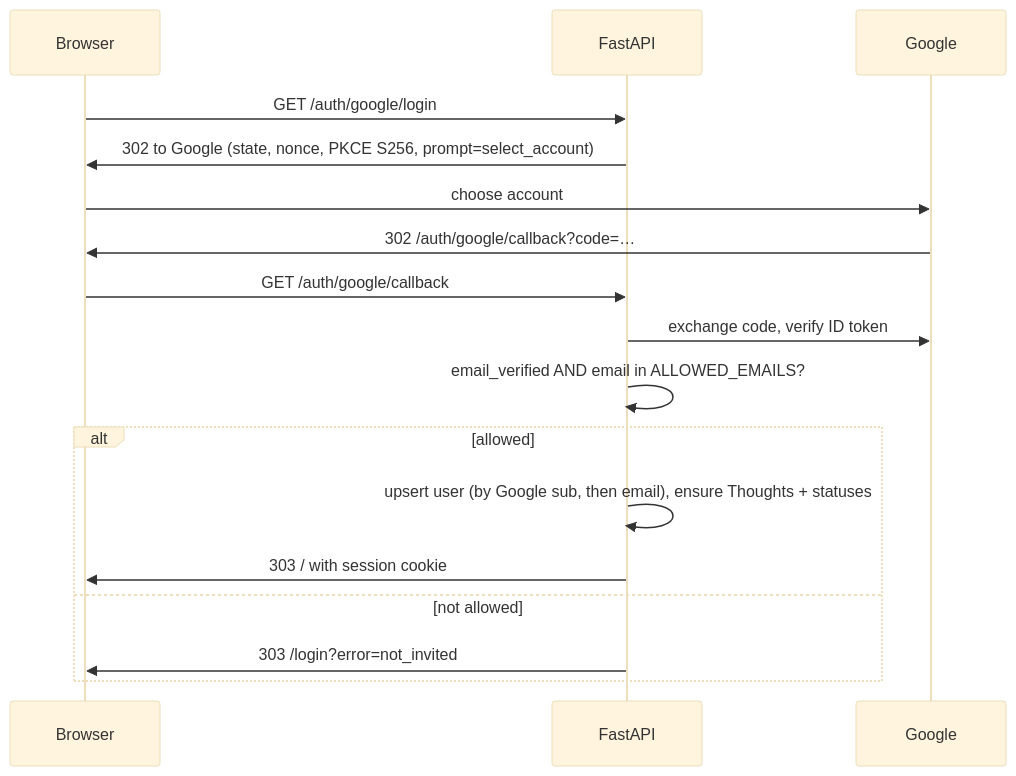
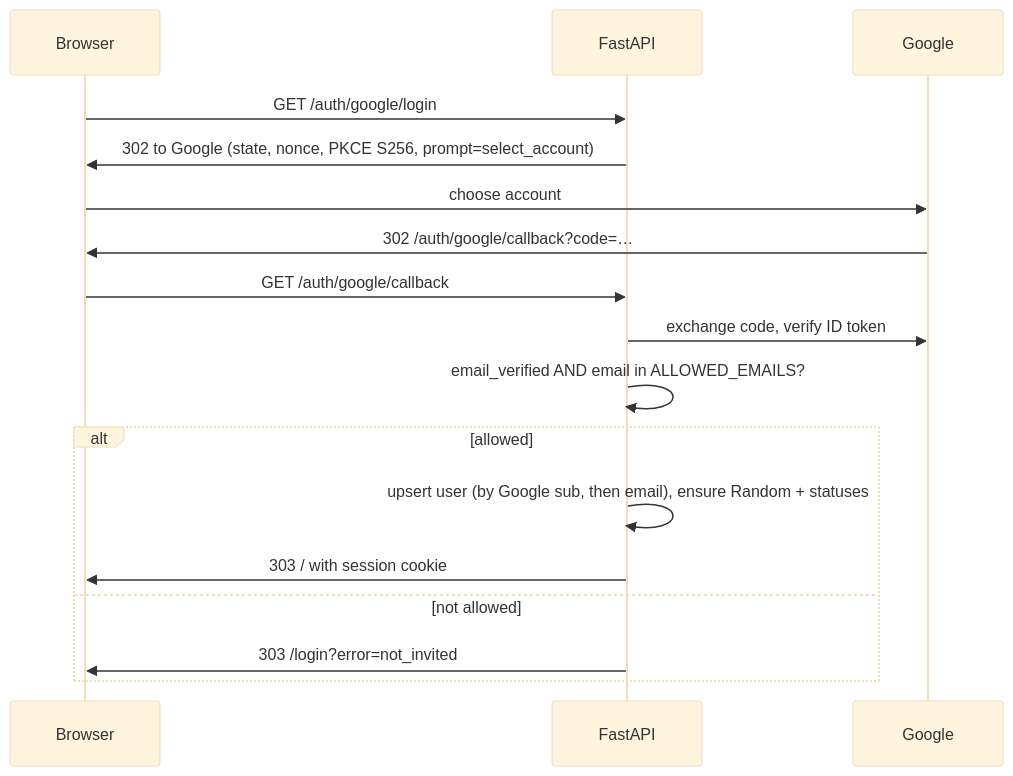
The second of 4 diagrams in docs/architecture.md (s-samarth/joke-box), drawn with Mermaid (base theme) before and after one commit. The commit also changed other lines of this file and 25 other files, not shown here.

````diff
--- a/docs/architecture.md
+++ b/docs/architecture.md
@@ -104,19 +104,19 @@
 ```mermaid
 sequenceDiagram
   participant B as Browser
   participant A as FastAPI
   participant G as Google
   B->>A: GET /auth/google/login
   A->>B: 302 to Google (state, nonce, PKCE S256, prompt=select_account)
   B->>G: choose account
   G->>B: 302 /auth/google/callback?code=…
   B->>A: GET /auth/google/callback
   A->>G: exchange code, verify ID token
   A->>A: email_verified AND email in ALLOWED_EMAILS?
   alt allowed
-    A->>A: upsert user (by Google sub, then email), ensure Thoughts + statuses
+    A->>A: upsert user (by Google sub, then email), ensure Random + statuses
     A->>B: 303 / with session cookie
   else not allowed
     A->>B: 303 /login?error=not_invited
   end
 ```
````
